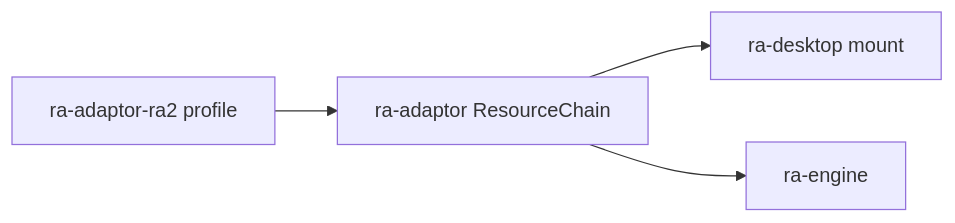
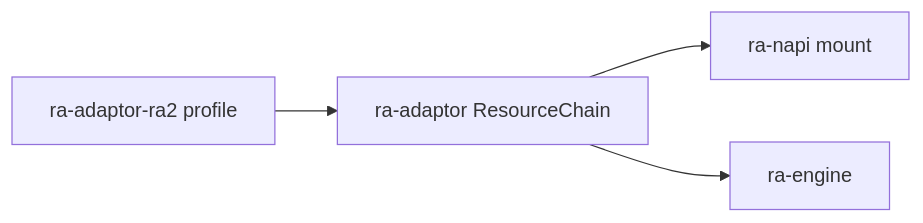
The first of 3 diagrams in projects/adapters/ra-adaptor-ra2/readme.md (rust-alert/ra2.exe), drawn with Mermaid before and after one commit. The commit also changed other lines of this file and 14 other files, not shown here.

````diff
--- a/projects/adapters/ra-adaptor-ra2/readme.md
+++ b/projects/adapters/ra-adaptor-ra2/readme.md
@@ -9,9 +9,9 @@
 ```mermaid
 flowchart LR
     ra2[ra-adaptor-ra2 profile]
     ad[ra-adaptor ResourceChain]
-    desk[ra-desktop mount]
+    desk[ra-napi mount]
     eng[ra-engine]
     ra2 --> ad --> desk
     ad --> eng
 ```
````
